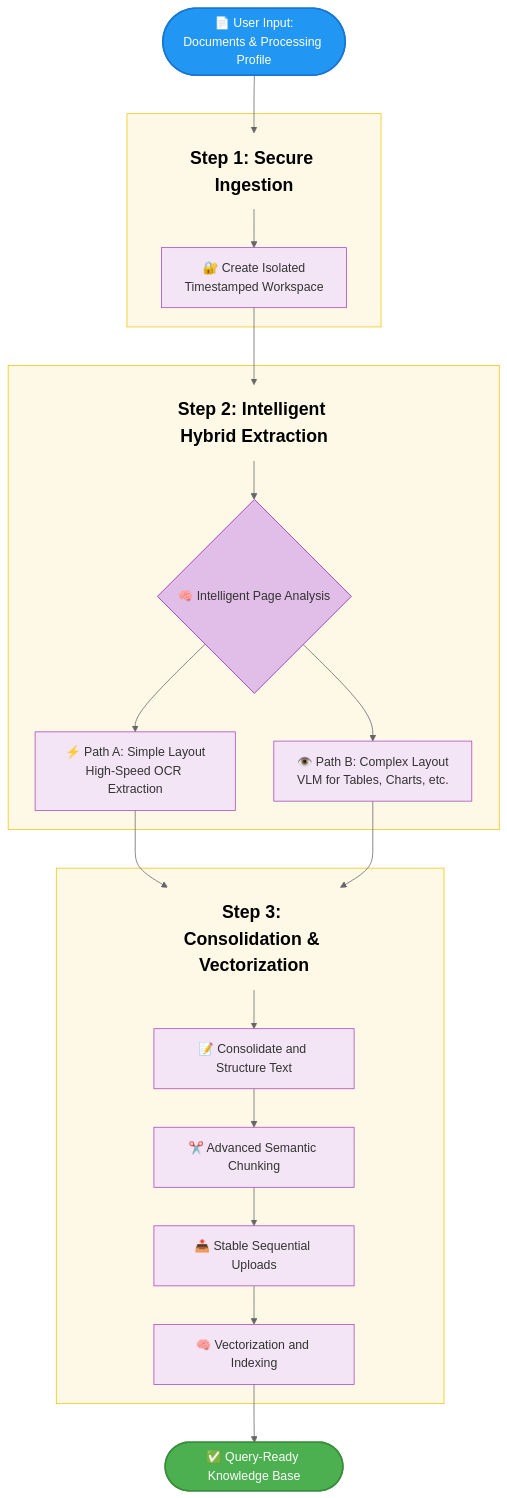
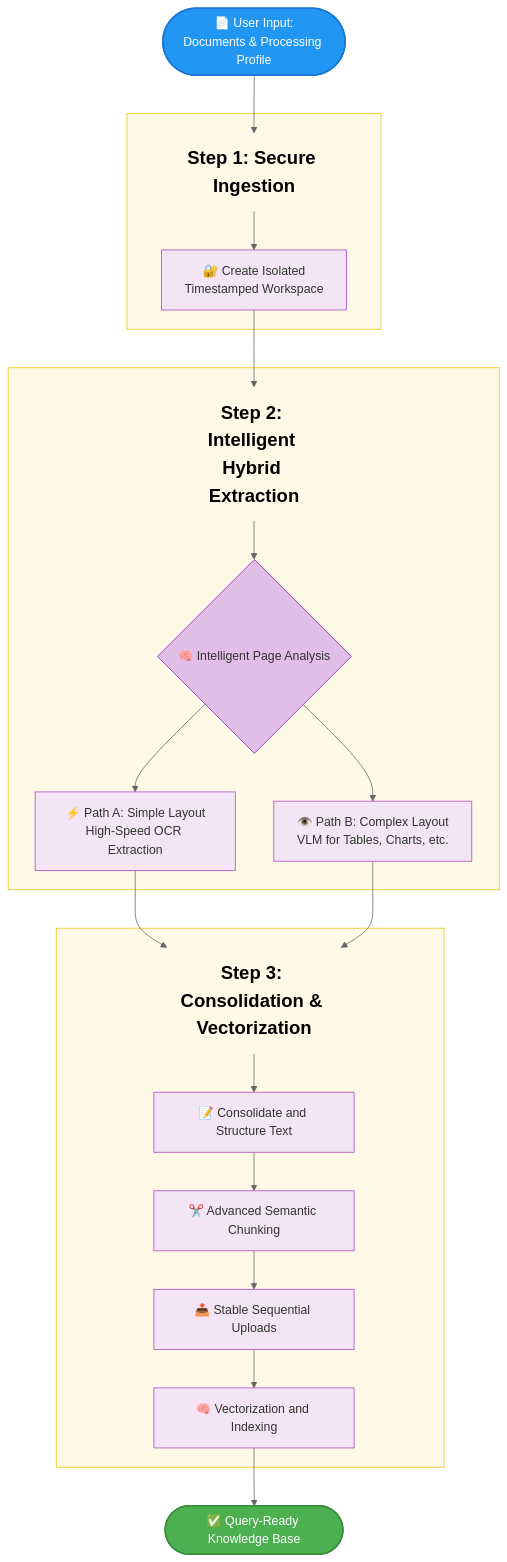
Before and after one commit to alanto0923/production-rag-gradio: the first of 2 diagrams in README.md, drawn with Mermaid (neutral theme). The commit also changed other lines of this file, not shown here.

````diff
--- a/README.md
+++ b/README.md
@@ -36,56 +36,56 @@
 ```mermaid
 graph TD
 
     %% --- Style Definitions ---
-    classDef header fill:none,color:#000,stroke:none,font-weight:bold,font-size:23px
+    classDef header fill:none,color:#000,stroke:none,font-weight:bold,font-size:24px
     classDef step fill:#f3e5f5,color:#333,stroke:#ab47bc,stroke-width:1px
     classDef diamond fill:#e1bee7,color:#333,stroke:#8e24aa,stroke-width:1px
     classDef start fill:#2196f3,color:#fff,stroke:#1976d2,stroke-width:2px
     classDef kb fill:#4caf50,color:#fff,stroke:#388e3c,stroke-width:2px
 
     %% --- Chart Definition ---
     UserInput([📄 User Input:<br>Documents & Processing Profile]):::start
 
     subgraph subgraph1 [ ]
         style subgraph1 fill:#fef9e7,stroke:#f1c40f
         S1_Title[Step 1: Secure Ingestion]:::header
         S1_Action[🔐 Create Isolated<br>Timestamped Workspace]:::step
     end
 
     subgraph subgraph2 [ ]
         style subgraph2 fill:#fef9e7,stroke:#f1c40f
         S2_Title[Step 2: Intelligent Hybrid Extraction]:::header
         S2_Decision{🧠 Intelligent Page Analysis}:::diamond
         S2_PathA[⚡ Path A: Simple Layout<br>High-Speed OCR Extraction]:::step
         S2_PathB[👁️ Path B: Complex Layout<br>VLM for Tables, Charts, etc.]:::step
     end
 
     subgraph subgraph3 [ ]
         style subgraph3 fill:#fef9e7,stroke:#f1c40f
         S3_Title[Step 3: Consolidation & Vectorization]:::header
         S3_Action1[📝 Consolidate and Structure Text]:::step
         S3_Action2[✂️ Advanced Semantic Chunking]:::step
         S3_Action3[📤 Stable Sequential Uploads]:::step
         S3_Action4[🧠 Vectorization and Indexing]:::step
     end
 
     KnowledgeBase([✅ Query-Ready Knowledge Base]):::kb
 
     %% --- Explicit Connections ---
     UserInput --> S1_Title
     S1_Title --> S1_Action
     S1_Action --> S2_Title
 
     S2_Title --> S2_Decision
     S2_Decision --> S2_PathA
     S2_Decision --> S2_PathB
 
     S2_PathA --> S3_Title
     S2_PathB --> S3_Title
 
     S3_Title --> S3_Action1
     S3_Action1 --> S3_Action2
     S3_Action2 --> S3_Action3
     S3_Action3 --> S3_Action4
     S3_Action4 --> KnowledgeBase
 ```
````
